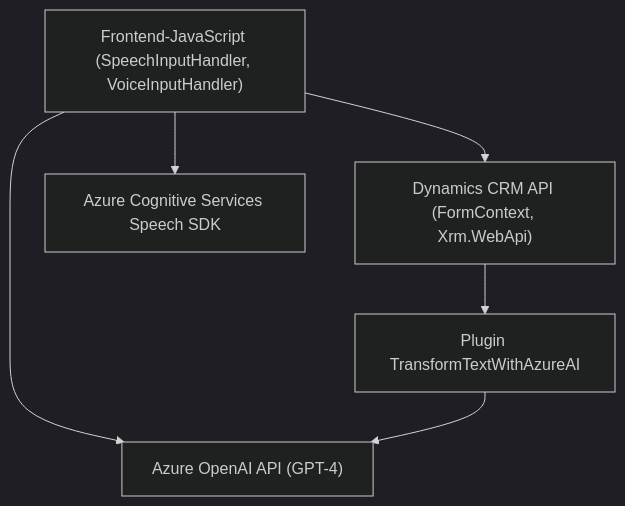
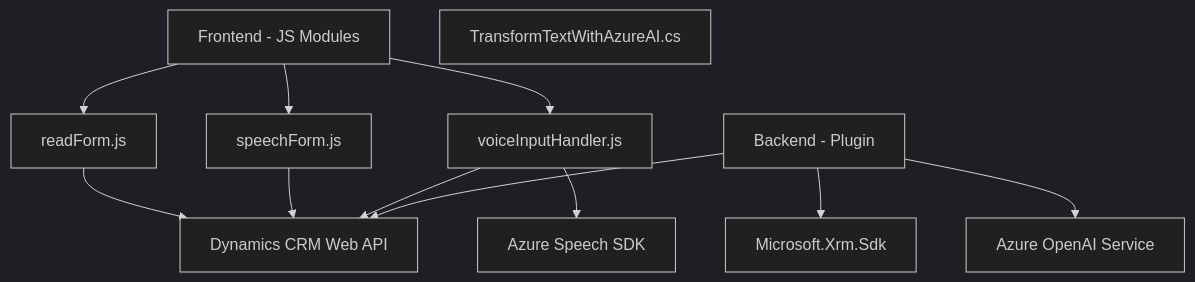
The diagram in README.md (blopezdm/NETCORE_BILBAO2025), drawn with Mermaid (dark theme) before and after one commit. The commit also changed other lines of this file, not shown here.

````diff
--- a/README.md
+++ b/README.md
@@ -38,14 +48,25 @@
 ```mermaid
 graph TD
-    A["Frontend-JavaScript (SpeechInputHandler, VoiceInputHandler)"]
-    B["Dynamics CRM API (FormContext, Xrm.WebApi)"]
-    C["Azure Cognitive Services Speech SDK"]
-    D["Azure OpenAI API (GPT-4)"]
-    E["Plugin TransformTextWithAzureAI"]
+    A["Frontend - JS Modules"]
+    B["readForm.js"]
+    C["speechForm.js"]
+    D["voiceInputHandler.js"]
+    E["Azure Speech SDK"]
+    F["Dynamics CRM Web API"]
+    G["Backend - Plugin"]
+    H["TransformTextWithAzureAI.cs"]
+    I["Azure OpenAI Service"]
+    J["Microsoft.Xrm.Sdk"]
 
     A --> B
     A --> C
     A --> D
-    B --> E
-    E --> D
+    B --> F
+    C --> F
+    D --> E
+    D --> F
+
+    G --> F
+    G --> J
+    G --> I
 ```
````
